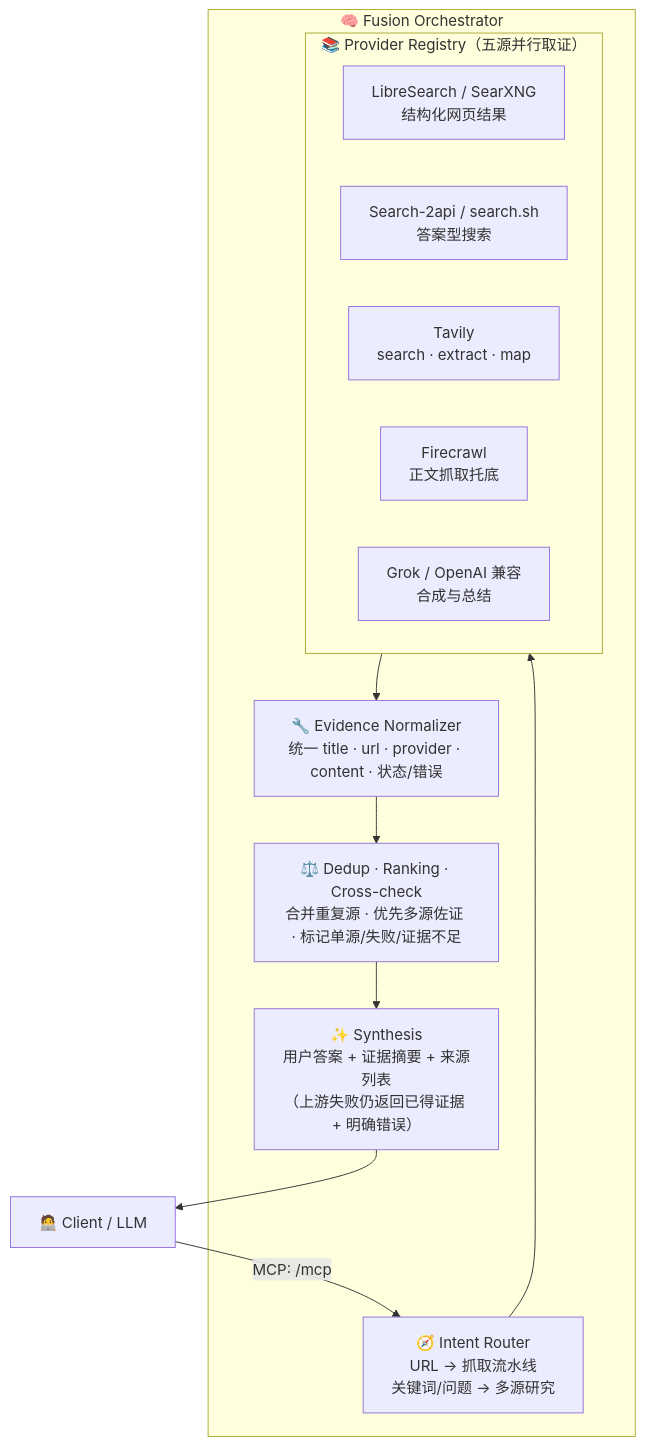
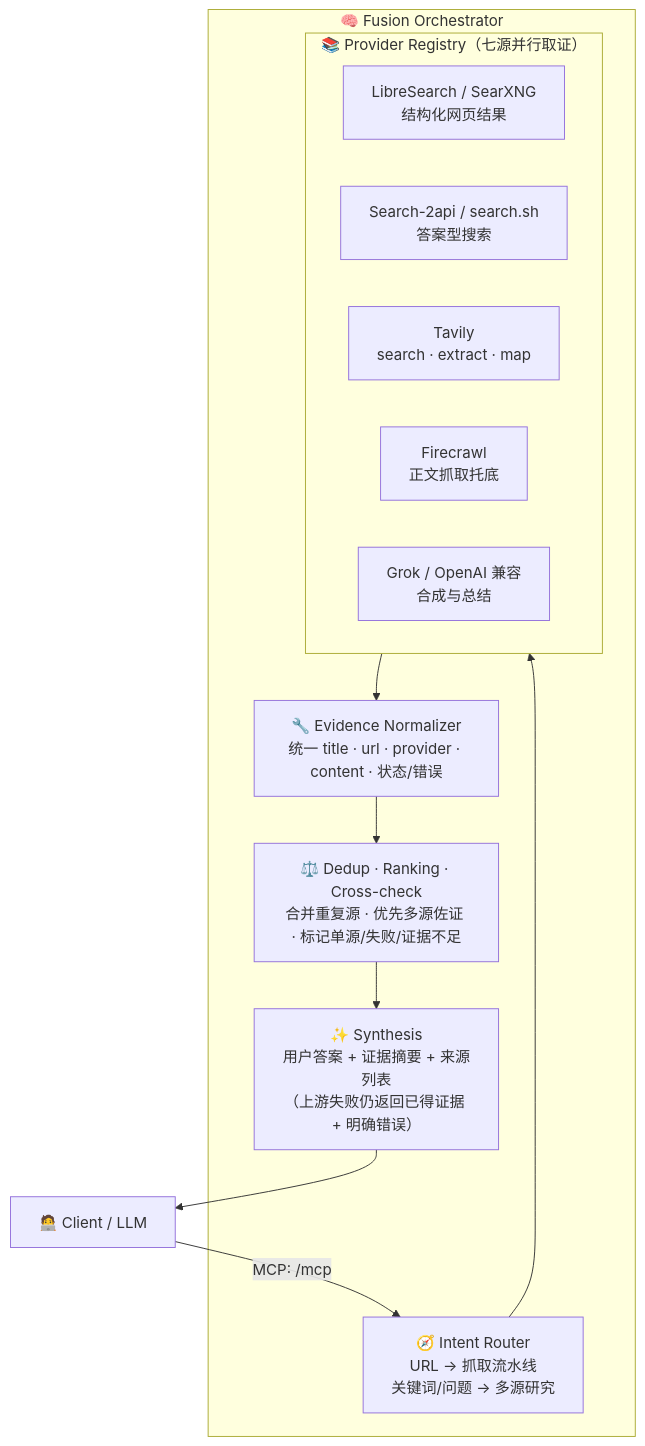
One commit to zhizhishu/fusionsearch-mcp changed the diagram in README.md. Above: the diagram before and after it, drawn with Mermaid. The commit also changed other lines of this file and 1 other file, not shown here.

````diff
--- a/README.md
+++ b/README.md
@@ -107,19 +108,19 @@
 ```mermaid
 graph TD
     C["🧑‍💻 Client / LLM"] -->|"MCP: /mcp"| IR
     subgraph O["🧠 Fusion Orchestrator"]
         IR["🧭 Intent Router<br/>URL → 抓取流水线<br/>关键词/问题 → 多源研究"]
-        subgraph PR["📚 Provider Registry（五源并行取证）"]
+        subgraph PR["📚 Provider Registry（七源并行取证）"]
             L["LibreSearch / SearXNG<br/>结构化网页结果"]
             S["Search-2api / search.sh<br/>答案型搜索"]
             T["Tavily<br/>search · extract · map"]
             F["Firecrawl<br/>正文抓取托底"]
             G["Grok / OpenAI 兼容<br/>合成与总结"]
         end
         IR --> PR
         PR --> EN["🔧 Evidence Normalizer<br/>统一 title · url · provider · content · 状态/错误"]
         EN --> DX["⚖️ Dedup · Ranking · Cross-check<br/>合并重复源 · 优先多源佐证 · 标记单源/失败/证据不足"]
         DX --> SY["✨ Synthesis<br/>用户答案 + 证据摘要 + 来源列表<br/>（上游失败仍返回已得证据 + 明确错误）"]
     end
     SY --> C
 ```
````
